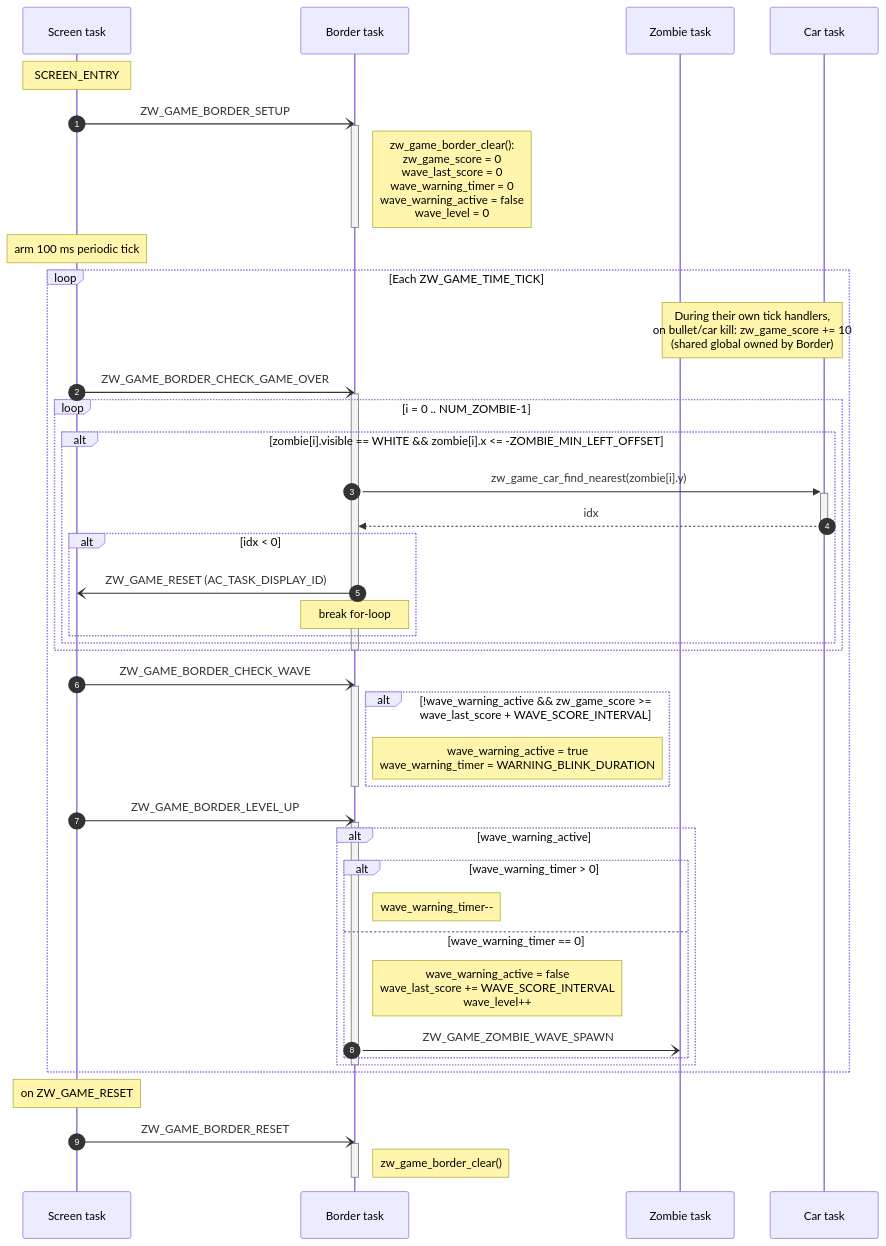
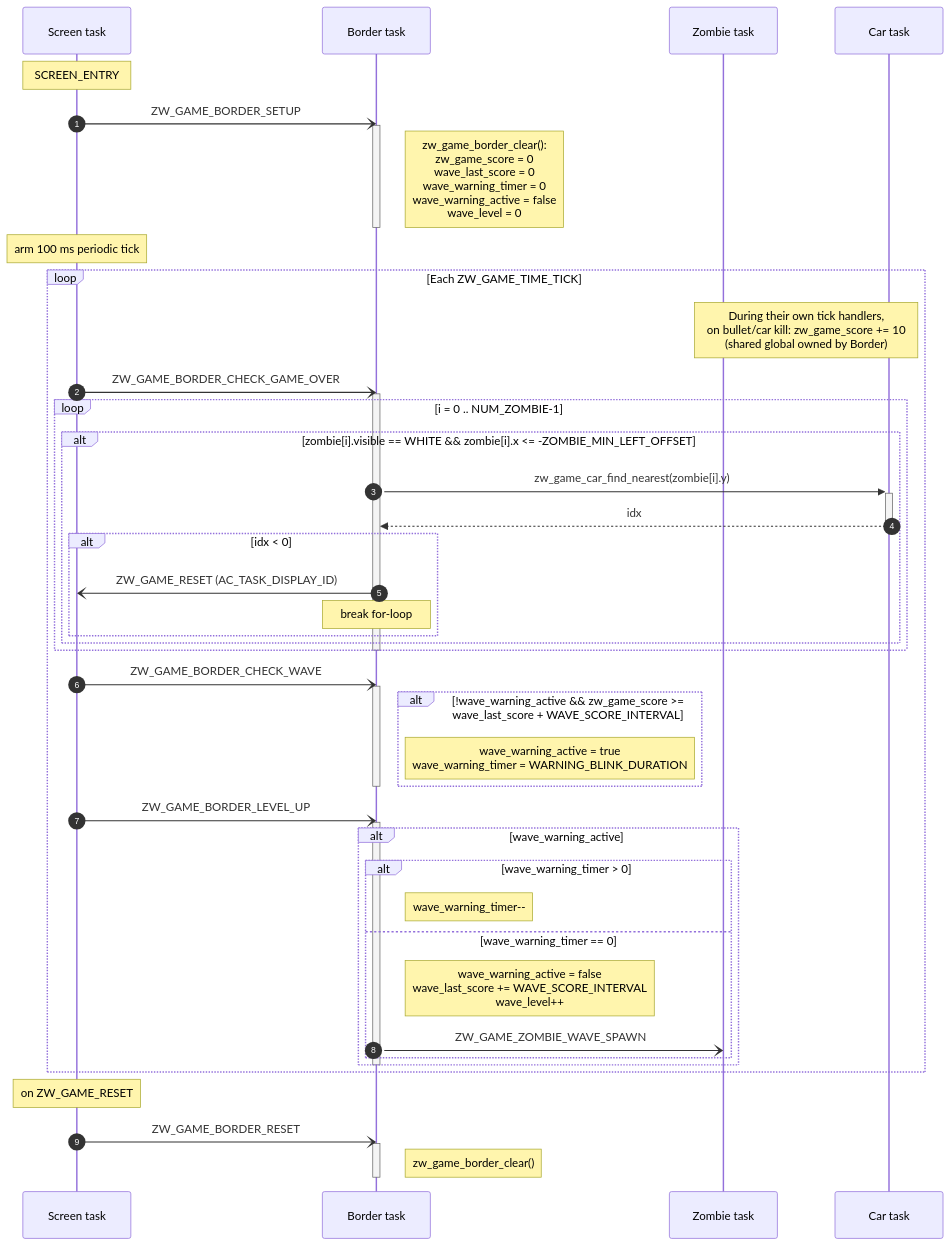
The seventh of 7 diagrams in docs/object_sequence.md (caotrongphuoc/mini-clock), drawn with Mermaid before and after one commit. The commit also changed other lines of this file and 1 other file, not shown here.

Commit message:
[UPDATE] enlarge mermaid diagrams via init config

````diff
--- a/docs/object_sequence.md
+++ b/docs/object_sequence.md
@@ -448,58 +454,59 @@
 ```mermaid
+%%{init: {'theme':'default', 'themeVariables':{'fontSize':'15px'}, 'sequence':{'actorMargin':80, 'messageFontSize':14, 'noteFontSize':13, 'boxMargin':10, 'useMaxWidth':false}}}%%
 sequenceDiagram
     autonumber
     participant Scr as Screen task
     participant Bdr as Border task
     participant Zmb as Zombie task
     participant Car as Car task
 
     Note over Scr: SCREEN_ENTRY
     Scr-)Bdr: ZW_GAME_BORDER_SETUP
     activate Bdr
     Note right of Bdr: zw_game_border_clear():<br/>zw_game_score = 0<br/>wave_last_score = 0<br/>wave_warning_timer = 0<br/>wave_warning_active = false<br/>wave_level = 0
     deactivate Bdr
     Note over Scr: arm 100 ms periodic tick
 
     loop Each ZW_GAME_TIME_TICK
         Note over Zmb,Car: During their own tick handlers,<br/>on bullet/car kill: zw_game_score += 10<br/>(shared global owned by Border)
 
         Scr-)Bdr: ZW_GAME_BORDER_CHECK_GAME_OVER
         activate Bdr
         loop i = 0 .. NUM_ZOMBIE-1
             alt zombie[i].visible == WHITE && zombie[i].x <= -ZOMBIE_MIN_LEFT_OFFSET
                 Bdr->>+Car: zw_game_car_find_nearest(zombie[i].y)
                 Car-->>-Bdr: idx
                 alt idx < 0
                     Bdr-)Scr: ZW_GAME_RESET (AC_TASK_DISPLAY_ID)
                     Note over Bdr: break for-loop
                 end
             end
         end
         deactivate Bdr
 
         Scr-)Bdr: ZW_GAME_BORDER_CHECK_WAVE
         activate Bdr
         alt !wave_warning_active && zw_game_score >= wave_last_score + WAVE_SCORE_INTERVAL
             Note right of Bdr: wave_warning_active = true<br/>wave_warning_timer = WARNING_BLINK_DURATION
         end
         deactivate Bdr
 
         Scr-)Bdr: ZW_GAME_BORDER_LEVEL_UP
         activate Bdr
         alt wave_warning_active
             alt wave_warning_timer > 0
                 Note right of Bdr: wave_warning_timer--
             else wave_warning_timer == 0
                 Note right of Bdr: wave_warning_active = false<br/>wave_last_score += WAVE_SCORE_INTERVAL<br/>wave_level++
                 Bdr-)Zmb: ZW_GAME_ZOMBIE_WAVE_SPAWN
             end
         end
         deactivate Bdr
     end
 
     Note over Scr: on ZW_GAME_RESET
     Scr-)Bdr: ZW_GAME_BORDER_RESET
     activate Bdr
     Note right of Bdr: zw_game_border_clear()
     deactivate Bdr
 ```
````
